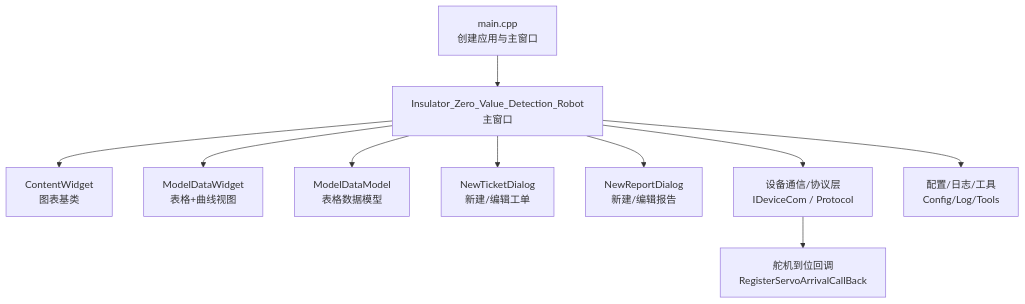
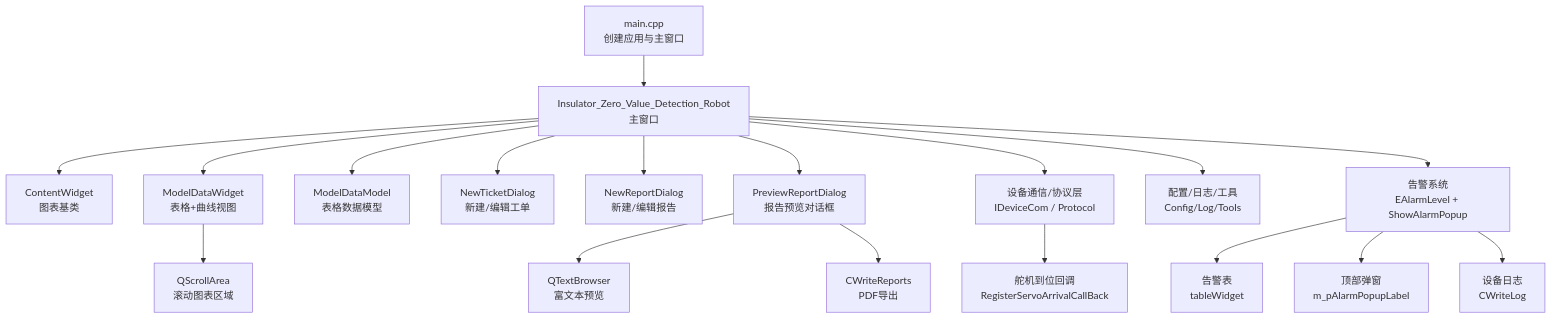
One commit to yangreest/Zero-value-Insulator-Robot-V2 changed the first of 9 diagrams in .qoder/repowiki/zh/content/系统架构/模块结构/UI模块.md. Above: the diagram before and after it, drawn with Mermaid. The commit also changed other lines of this file and 22 other files, not shown here.

````diff
--- a/.qoder/repowiki/zh/content/系统架构/模块结构/UI模块.md
+++ b/.qoder/repowiki/zh/content/系统架构/模块结构/UI模块.md
@@ -45,12 +50,20 @@
 ```mermaid
 graph TB
 A["main.cpp<br/>创建应用与主窗口"] --> B["Insulator_Zero_Value_Detection_Robot<br/>主窗口"]
 B --> C["ContentWidget<br/>图表基类"]
 B --> D["ModelDataWidget<br/>表格+曲线视图"]
 B --> E["ModelDataModel<br/>表格数据模型"]
 B --> F["NewTicketDialog<br/>新建/编辑工单"]
 B --> G["NewReportDialog<br/>新建/编辑报告"]
-B --> H["设备通信/协议层<br/>IDeviceCom / Protocol"]
-B --> I["配置/日志/工具<br/>Config/Log/Tools"]
-H --> J["舵机到位回调<br/>RegisterServoArrivalCallBack"]
+B --> H["PreviewReportDialog<br/>报告预览对话框"]
+B --> I["设备通信/协议层<br/>IDeviceCom / Protocol"]
+B --> J["配置/日志/工具<br/>Config/Log/Tools"]
+B --> K["告警系统<br/>EAlarmLevel + ShowAlarmPopup"]
+H --> L["QTextBrowser<br/>富文本预览"]
+H --> M["CWriteReports<br/>PDF导出"]
+I --> N["舵机到位回调<br/>RegisterServoArrivalCallBack"]
+K --> O["告警表<br/>tableWidget"]
+K --> P["顶部弹窗<br/>m_pAlarmPopupLabel"]
+K --> Q["设备日志<br/>CWriteLog"]
+D --> R["QScrollArea<br/>滚动图表区域"]
 ```
````
